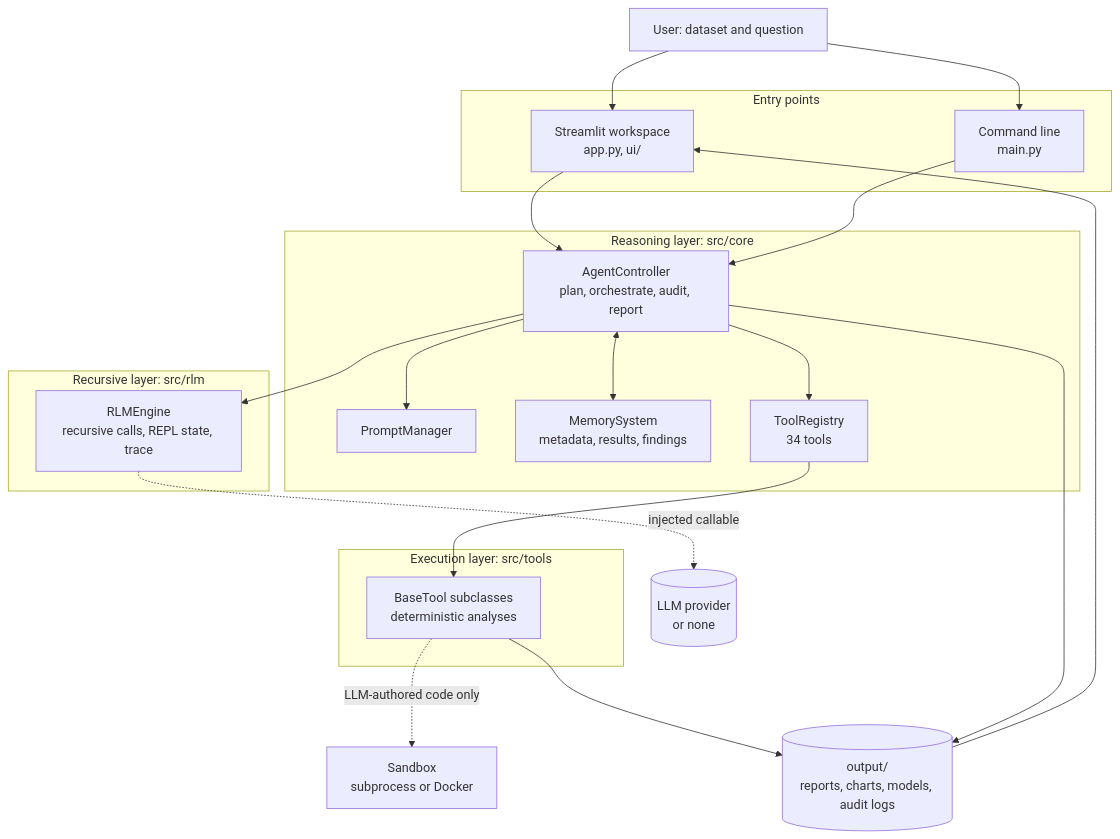
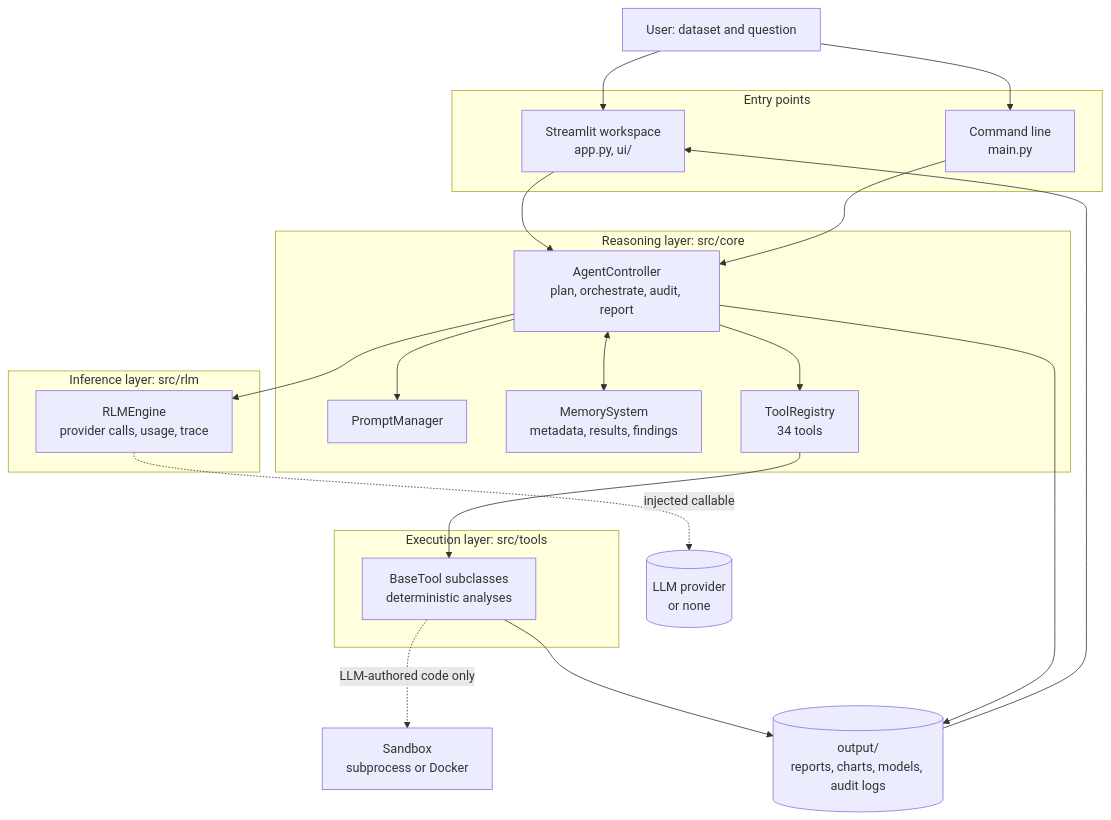
Before and after one commit to shahdaksh050/Sorrel-project: the first of 11 diagrams in README.md, drawn with Mermaid. The commit also changed other lines of this file and 76 other files, not shown here.

````diff
--- a/README.md
+++ b/README.md
@@ -122,43 +122,43 @@
 ```mermaid
 flowchart TB
     user["User: dataset and question"]
 
     subgraph entry["Entry points"]
         ui["Streamlit workspace<br/>app.py, ui/"]
         cli["Command line<br/>main.py"]
     end
 
     subgraph reasoning["Reasoning layer: src/core"]
         ctrl["AgentController<br/>plan, orchestrate, audit, report"]
         prompts["PromptManager"]
         mem["MemorySystem<br/>metadata, results, findings"]
         reg["ToolRegistry<br/>34 tools"]
     end
 
-    subgraph rlm["Recursive layer: src/rlm"]
-        engine["RLMEngine<br/>recursive calls, REPL state, trace"]
+    subgraph rlm["Inference layer: src/rlm"]
+        engine["RLMEngine<br/>provider calls, usage, trace"]
     end
 
     subgraph exec["Execution layer: src/tools"]
         tools["BaseTool subclasses<br/>deterministic analyses"]
     end
 
     llm[("LLM provider<br/>or none")]
     sandbox["Sandbox<br/>subprocess or Docker"]
     out[("output/<br/>reports, charts, models, audit logs")]
 
     user --> ui
     user --> cli
     ui --> ctrl
     cli --> ctrl
     ctrl <--> mem
     ctrl --> prompts
     ctrl --> engine
     engine -. "injected callable" .-> llm
     ctrl --> reg
     reg --> tools
     tools -. "LLM-authored code only" .-> sandbox
     tools --> out
     ctrl --> out
     out --> ui
 ```
````
